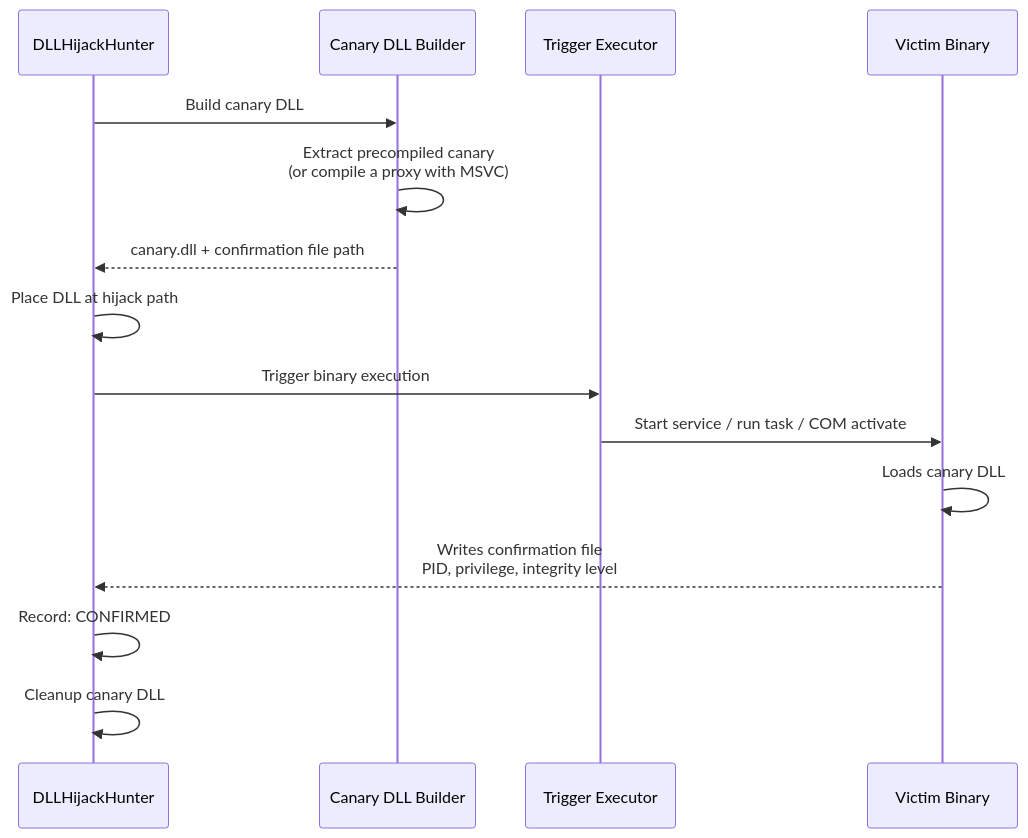
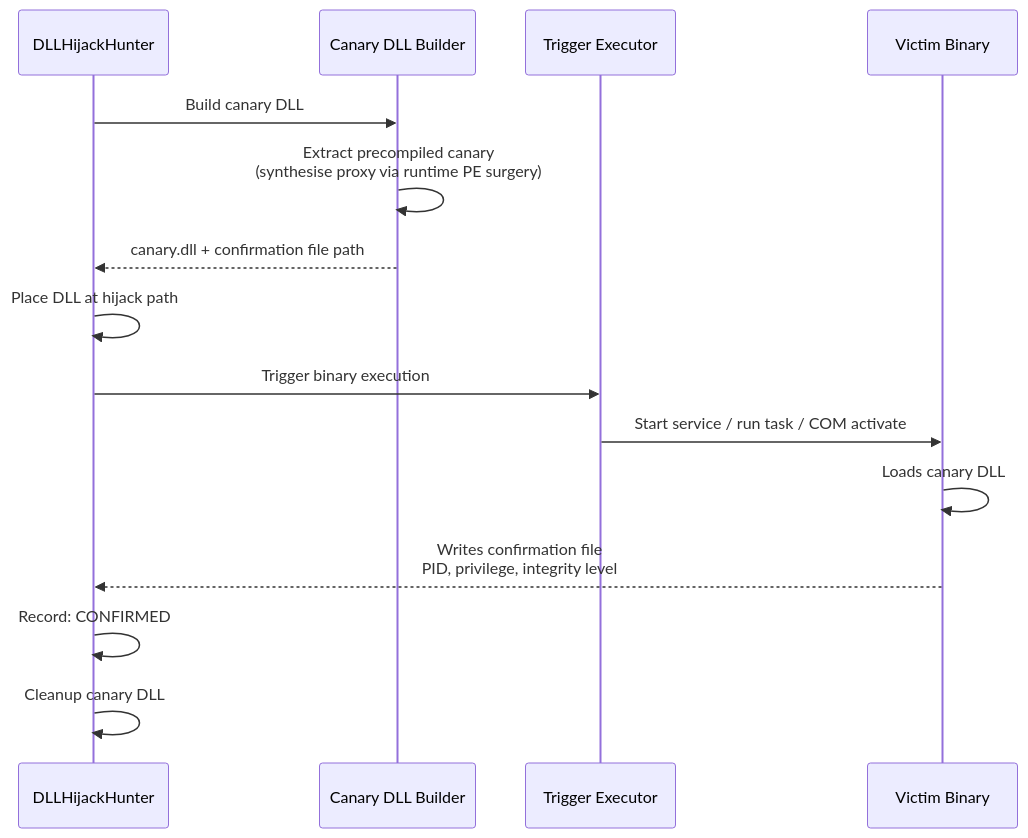
One commit to ghostvectoracademy/DLLHijackHunter changed the second of 2 diagrams in README.md. Above: the diagram before and after it, drawn with Mermaid. The commit also changed other lines of this file and 33 other files, not shown here.

Commit message:
release: v2.5.0 — canary reliability, runtime proxy synthesis, discovery fixes

````diff
--- a/README.md
+++ b/README.md
@@ -134,18 +134,18 @@
 ```mermaid
 sequenceDiagram
     participant H as DLLHijackHunter
     participant B as Canary DLL Builder
     participant T as Trigger Executor
     participant V as Victim Binary
 
     H->>B: Build canary DLL
-    B->>B: Extract precompiled canary<br/>(or compile a proxy with MSVC)
+    B->>B: Extract precompiled canary<br/>(synthesise proxy via runtime PE surgery)
     B-->>H: canary.dll + confirmation file path
     H->>H: Place DLL at hijack path
     H->>T: Trigger binary execution
     T->>V: Start service / run task / COM activate
     V->>V: Loads canary DLL
     V-->>H: Writes confirmation file<br/>PID, privilege, integrity level
     H->>H: Record: CONFIRMED
     H->>H: Cleanup canary DLL
 ```
````
